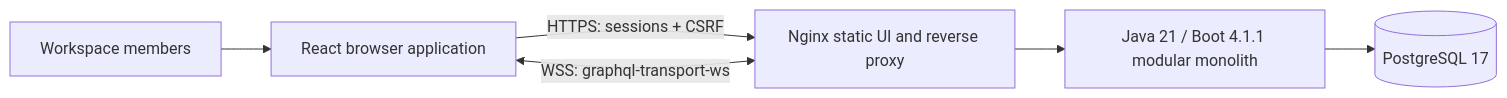
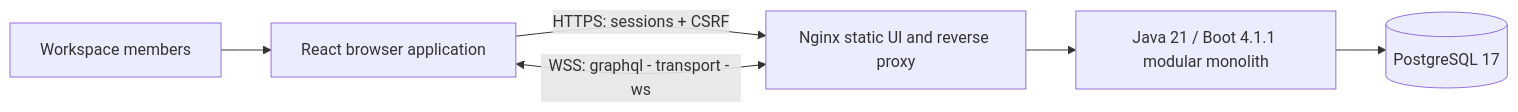
The first of 5 diagrams in docs/architecture.md (kaizenchandra/team-flow-graphql), drawn with Mermaid before and after one commit. The commit also changed other lines of this file and 16 other files, not shown here.

````diff
--- a/docs/architecture.md
+++ b/docs/architecture.md
@@ -5,8 +5,8 @@
 ```mermaid
 flowchart LR
-  People[Workspace members] --> Browser[React browser application]
-  Browser -->|HTTPS: sessions + CSRF| Proxy[Nginx static UI and reverse proxy]
-  Browser <-->|WSS: graphql-transport-ws| Proxy
-  Proxy --> App[Java 21 / Boot 4.1.1 modular monolith]
-  App --> DB[(PostgreSQL 17)]
+    People[Workspace members] --> Browser[React browser application]
+    Browser -->|HTTPS: sessions + CSRF| Proxy[Nginx static UI and reverse proxy]
+    Browser <-->|WSS: graphql - transport - ws| Proxy
+    Proxy --> App[Java 21 / Boot 4.1.1 modular monolith]
+    App --> DB[(PostgreSQL 17)]
 ```
````
